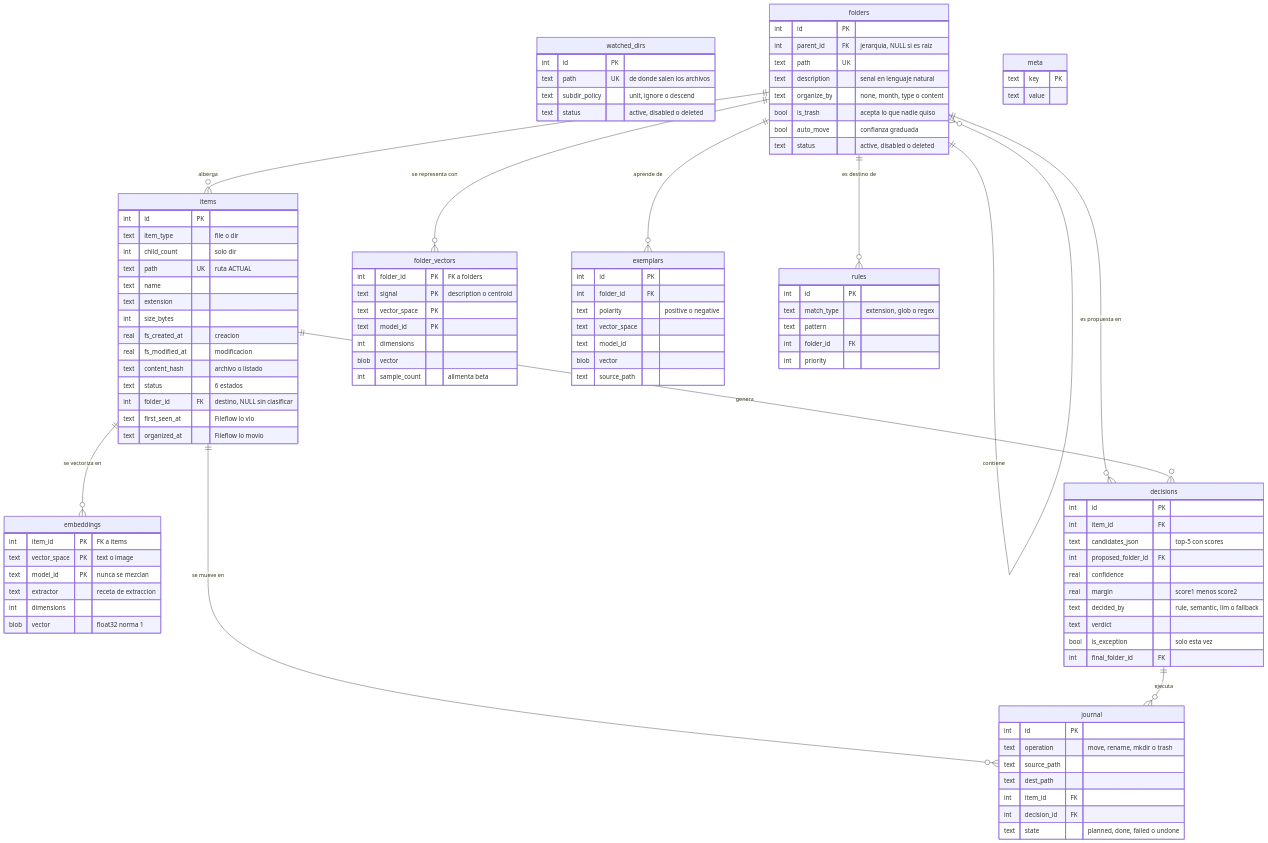
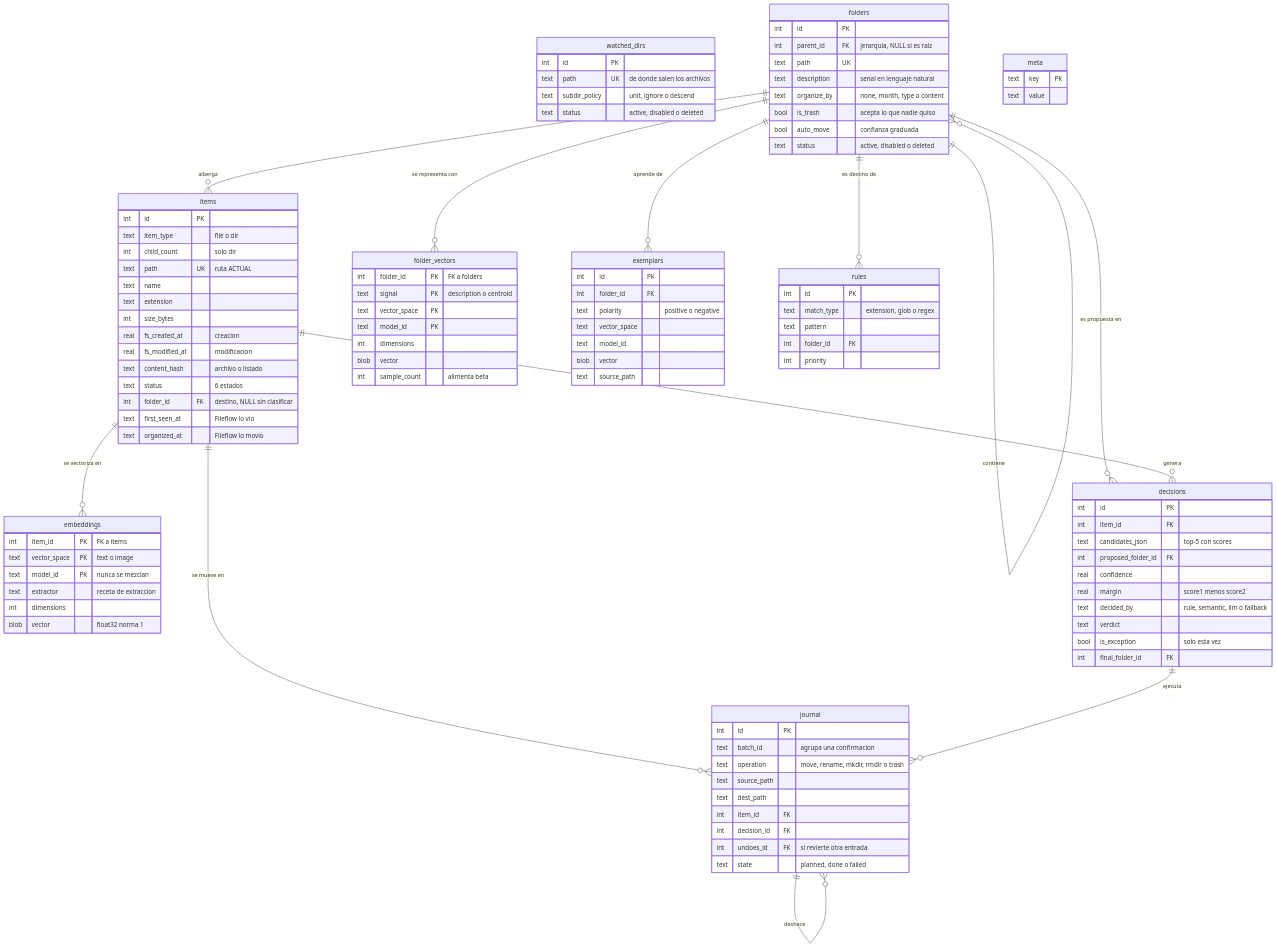
Before and after one commit to JorgeGaviria/Fileflow: the diagram in docs/diagramas/esquema-relacional.md, drawn with Mermaid. The commit also changed other lines of this file and 5 other files, not shown here.

````diff
--- a/docs/diagramas/esquema-relacional.md
+++ b/docs/diagramas/esquema-relacional.md
@@ -96,12 +96,14 @@
 
     journal {
         int id PK
-        text operation "move, rename, mkdir o trash"
+        text batch_id "agrupa una confirmacion"
+        text operation "move, rename, mkdir, rmdir o trash"
         text source_path
         text dest_path
         int item_id FK
         int decision_id FK
-        text state "planned, done, failed o undone"
+        int undoes_id FK "si revierte otra entrada"
+        text state "planned, done o failed"
     }
 
     meta {
@@ -119,4 +121,5 @@
     items ||--o{ decisions : "genera"
     items ||--o{ journal : "se mueve en"
     decisions ||--o{ journal : "ejecuta"
+    journal ||--o{ journal : "deshace"
 ```
````
